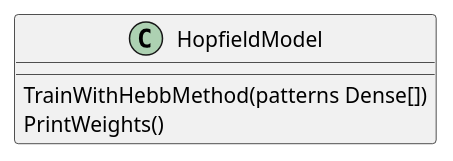
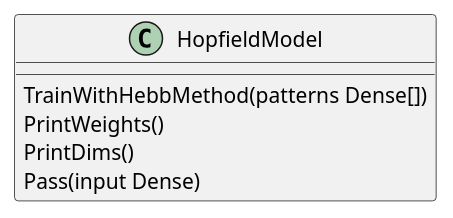
One commit to cdgn-coding/go-hopfield-model changed the diagram in readme.md. Above: the diagram before and after it, drawn with PlantUML. The commit also changed other lines of this file, not shown here.

Commit message:
Mejoro el plantuml

````diff
--- a/readme.md
+++ b/readme.md
@@ -40,8 +40,10 @@
 ```plantuml
 @startuml
 class HopfieldModel {
     TrainWithHebbMethod(patterns Dense[])
     PrintWeights()
+    PrintDims()
+    Pass(input Dense)
 }
 @enduml
 ```
````
